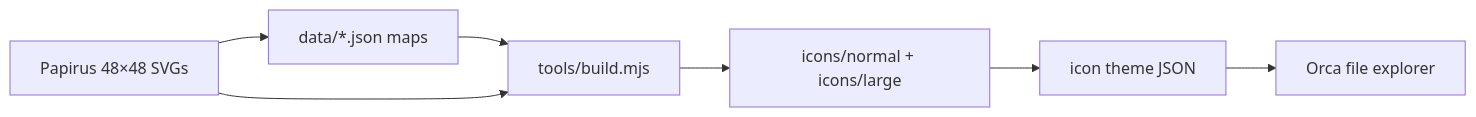
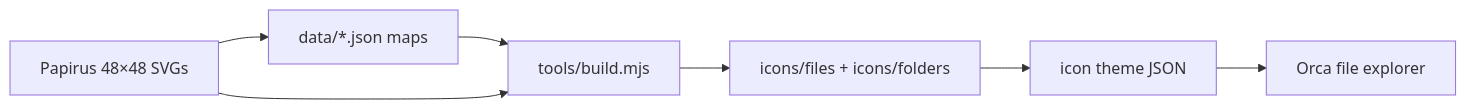
The diagram in README.md (marcelofrau/orca-papirus-icon-theme), drawn with Mermaid before and after one commit. The commit also changed other lines of this file and 1487 other files, not shown here.

````diff
--- a/README.md
+++ b/README.md
@@ -91,9 +80,9 @@
 ```mermaid
 flowchart LR
   A["Papirus 48×48 SVGs"] --> B["data/*.json maps"]
   B --> C["tools/build.mjs"]
   A --> C
-  C --> D["icons/normal + icons/large"]
+  C --> D["icons/files + icons/folders"]
   D --> E["icon theme JSON"]
   E --> F["Orca file explorer"]
 ```
````
